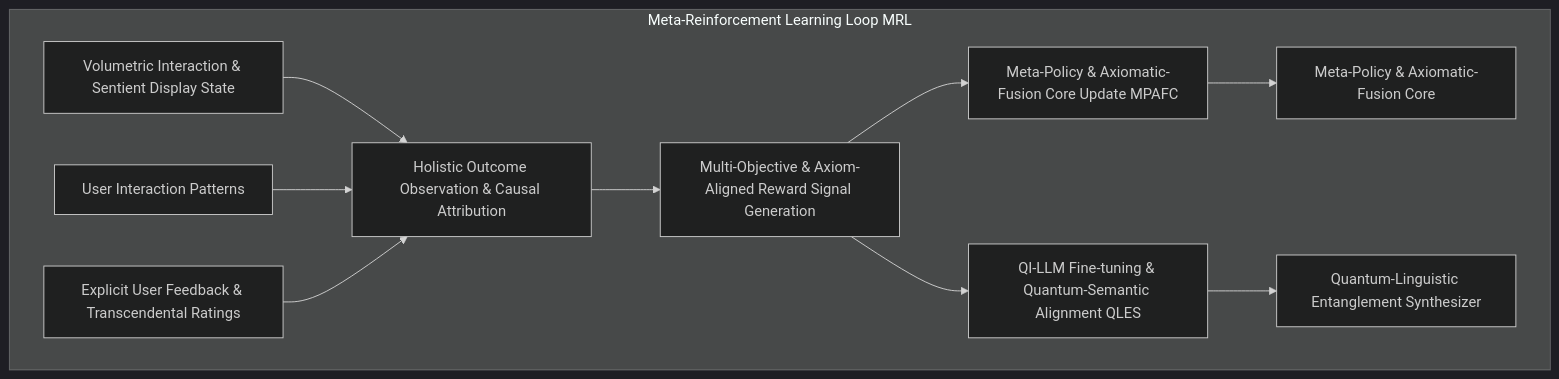
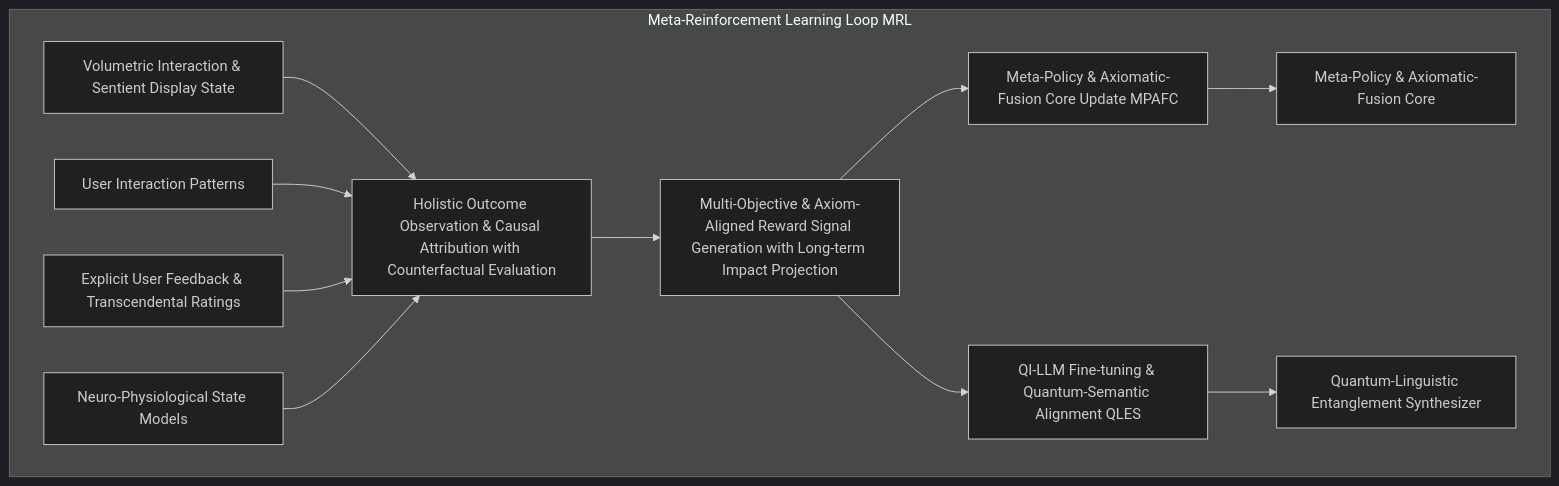
One commit to diplomat-bit/Citibank_Demo_Business_Inc_Demonstration- changed the eighth of 11 diagrams in inventions/inventions/012_holographic_meeting_scribe/015_autonomous_discourse_orchestration_agent.md. Above: the diagram before and after it, drawn with Mermaid (dark theme). The commit also changed other lines of this file, not shown here.

````diff
--- a/inventions/inventions/012_holographic_meeting_scribe/015_autonomous_discourse_orchestration_agent.md
+++ b/inventions/inventions/012_holographic_meeting_scribe/015_autonomous_discourse_orchestration_agent.md
@@ -378,16 +412,17 @@
 ```mermaid
 graph TD
     subgraph Meta-Reinforcement Learning Loop MRL
-        VISDS_STATE[Volumetric Interaction & Sentient Display State] --> OUTCOME_OBSERVATION[Holistic Outcome Observation & Causal Attribution];
+        VISDS_STATE[Volumetric Interaction & Sentient Display State] --> OUTCOME_OBSERVATION[Holistic Outcome Observation & Causal Attribution with Counterfactual Evaluation];
         USER_INTERACTION[User Interaction Patterns] --> OUTCOME_OBSERVATION;
         EXPLICIT_FEEDBACK[Explicit User Feedback & Transcendental Ratings] --> OUTCOME_OBSERVATION;
+        NPSM[Neuro-Physiological State Models] --> OUTCOME_OBSERVATION;
         
-        OUTCOME_OBSERVATION --> REWARD_SIGNAL_GEN[Multi-Objective & Axiom-Aligned Reward Signal Generation];
+        OUTCOME_OBSERVATION --> REWARD_SIGNAL_GEN[Multi-Objective & Axiom-Aligned Reward Signal Generation with Long-term Impact Projection];
         
         REWARD_SIGNAL_GEN --> POLICY_UPDATE[Meta-Policy & Axiomatic-Fusion Core Update MPAFC];
         REWARD_SIGNAL_GEN --> GENERATION_MODEL_FINE_TUNE[QI-LLM Fine-tuning & Quantum-Semantic Alignment QLES];
         
         POLICY_UPDATE --> MPAFC_OUTPUT[Meta-Policy & Axiomatic-Fusion Core];
         GENERATION_MODEL_FINE_TUNE --> QLES_OUTPUT[Quantum-Linguistic Entanglement Synthesizer];
     end
 ```
````
